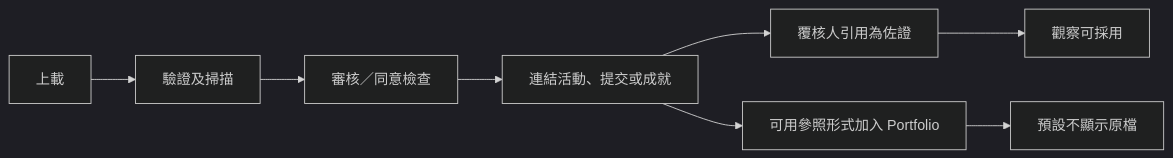
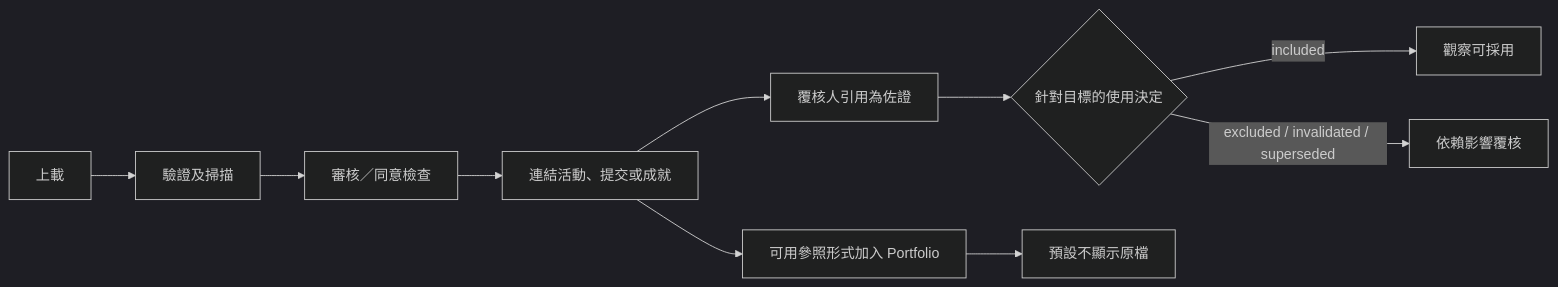
One commit to heison-octopus/testing-port changed the diagram in output/Chinese/SRS/SRS-07 佐證媒體同意及校外成就.md. Above: the diagram before and after it, drawn with Mermaid (dark theme). The commit also changed other lines of this file and 79 other files, not shown here.

````diff
--- a/output/Chinese/SRS/SRS-07 佐證媒體同意及校外成就.md
+++ b/output/Chinese/SRS/SRS-07 佐證媒體同意及校外成就.md
@@ -28,10 +34,12 @@
 ```mermaid
 flowchart LR
     Upload[上載] --> Validate[驗證及掃描]
     Validate --> Moderate[審核／同意檢查]
     Moderate --> Link[連結活動、提交或成就]
     Link --> Cite[覆核人引用為佐證]
-    Cite --> Assess[觀察可採用]
+    Cite --> Use{針對目標的使用決定}
+    Use -->|included| Assess[觀察可採用]
+    Use -->|excluded / invalidated / superseded| Impact[依賴影響覆核]
     Link --> Portfolio[可用參照形式加入 Portfolio]
     Portfolio --> Summary[預設不顯示原檔]
 ```
````
